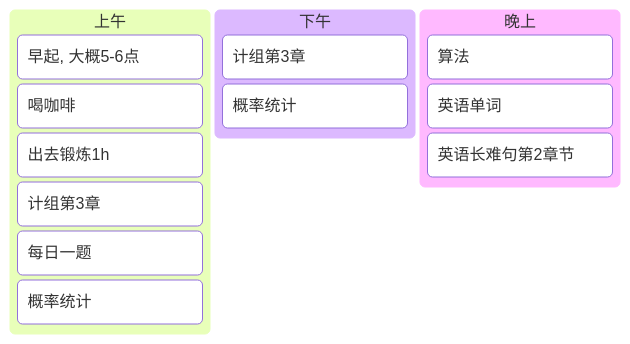
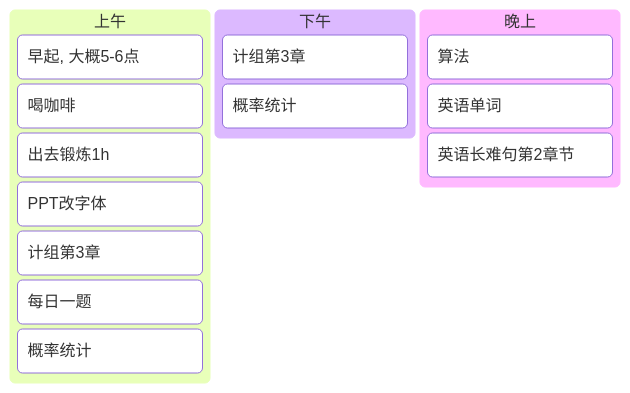
One commit to Sophomoresty/obsidian-notes changed the fourth of 4 diagrams in 日记/规划.md. Above: the diagram before and after it, drawn with Mermaid. The commit also changed other lines of this file and 1 other file, not shown here.

````diff
--- a/日记/规划.md
+++ b/日记/规划.md
@@ -124,17 +127,18 @@
  ```mermaid
 kanban
 [上午]
 	[早起, 大概5-6点]
 	[喝咖啡]
 	[出去锻炼1h]
+	[PPT改字体]
 	[计组第3章]
 	[每日一题]
 	[概率统计]
 [下午]
 	[计组第3章]
 	[概率统计]
 [晚上]
 	[算法]
 	[英语单词]
 	[英语长难句第2章节]
 ```
````
